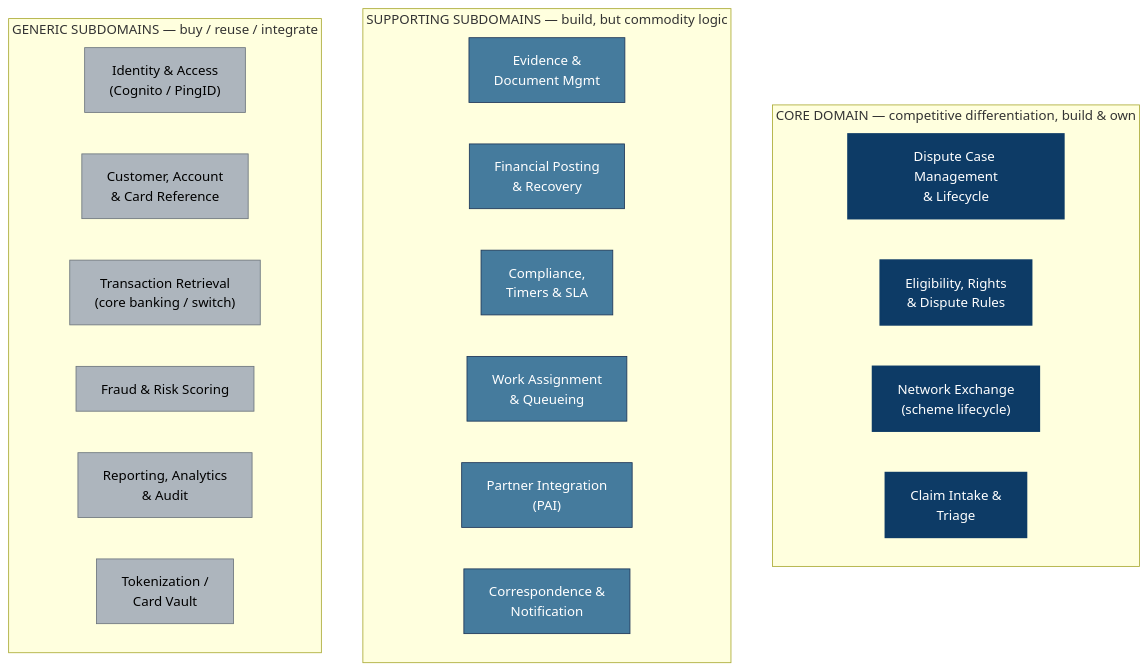
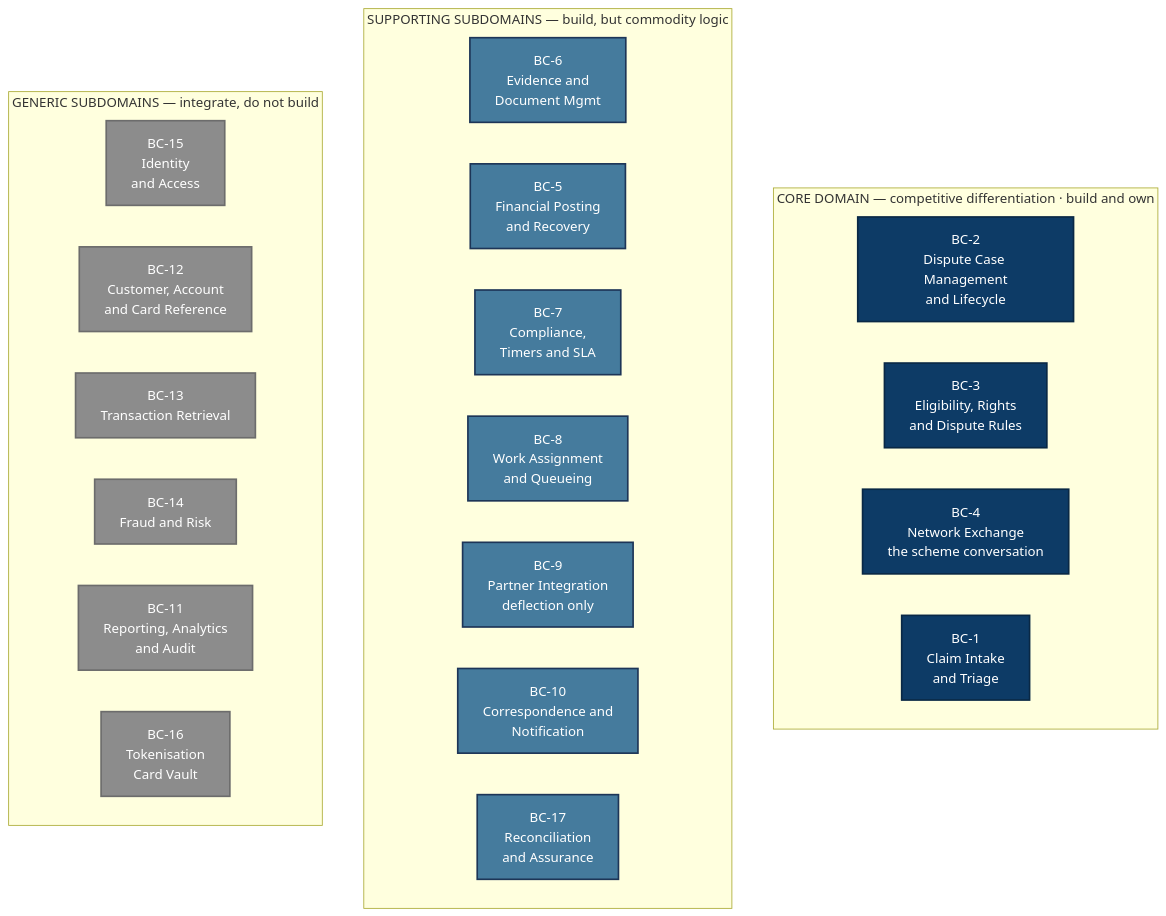
The third of 16 diagrams in docs/dispute-claims-resolution-architecture.md (bmageshvec/poc-claims-resolution), drawn with Mermaid before and after one commit. The commit also changed other lines of this file and 32 other files, not shown here.

````diff
--- a/docs/dispute-claims-resolution-architecture.md
+++ b/docs/dispute-claims-resolution-architecture.md
@@ -366,32 +406,35 @@
 ```mermaid
 flowchart TB
-    subgraph CORE["CORE DOMAIN — competitive differentiation, build & own"]
-        C1["Dispute Case Management<br/>& Lifecycle"]
-        C2["Eligibility, Rights<br/>& Dispute Rules"]
-        C3["Network Exchange<br/>(scheme lifecycle)"]
-        C4["Claim Intake &<br/>Triage"]
+    subgraph CORE["CORE DOMAIN — competitive differentiation · build and own"]
+        direction LR
+        C1["BC-2<br/>Dispute Case Management<br/>and Lifecycle"]
+        C2["BC-3<br/>Eligibility, Rights<br/>and Dispute Rules"]
+        C3["BC-4<br/>Network Exchange<br/>the scheme conversation"]
+        C4["BC-1<br/>Claim Intake<br/>and Triage"]
     end
     subgraph SUPPORT["SUPPORTING SUBDOMAINS — build, but commodity logic"]
-        S1["Evidence &<br/>Document Mgmt"]
-        S2["Financial Posting<br/>& Recovery"]
-        S3["Compliance,<br/>Timers & SLA"]
-        S4["Work Assignment<br/>& Queueing"]
-        S5["Partner Integration<br/>(PAI)"]
-        S6["Correspondence &<br/>Notification"]
+        direction LR
+        S1["BC-6<br/>Evidence and<br/>Document Mgmt"]
+        S2["BC-5<br/>Financial Posting<br/>and Recovery"]
+        S3["BC-7<br/>Compliance,<br/>Timers and SLA"]
+        S4["BC-8<br/>Work Assignment<br/>and Queueing"]
+        S5["BC-9<br/>Partner Integration<br/>deflection only"]
+        S6["BC-10<br/>Correspondence and<br/>Notification"]
+        S7["BC-17<br/>Reconciliation<br/>and Assurance"]
     end
-    subgraph GENERIC["GENERIC SUBDOMAINS — buy / reuse / integrate"]
-        G1["Identity & Access<br/>(Cognito / PingID)"]
-        G2["Customer, Account<br/>& Card Reference"]
-        G3["Transaction Retrieval<br/>(core banking / switch)"]
-        G4["Fraud & Risk Scoring"]
-        G5["Reporting, Analytics<br/>& Audit"]
-        G6["Tokenization /<br/>Card Vault"]
+    subgraph GENERIC["GENERIC SUBDOMAINS — integrate, do not build"]
+        direction LR
+        G1["BC-15<br/>Identity<br/>and Access"]
+        G2["BC-12<br/>Customer, Account<br/>and Card Reference"]
+        G3["BC-13<br/>Transaction Retrieval"]
+        G4["BC-14<br/>Fraud and Risk"]
+        G5["BC-11<br/>Reporting, Analytics<br/>and Audit"]
+        G6["BC-16<br/>Tokenisation<br/>Card Vault"]
     end
-
-    classDef core fill:#0d3b66,color:#fff,stroke:#0d3b66,stroke-width:2px
-    classDef sup fill:#457b9d,color:#fff,stroke:#1d3557
-    classDef gen fill:#adb5bd,color:#000,stroke:#6c757d
+    classDef core fill:#0D3B66,color:#FFFFFF,stroke:#092845,stroke-width:2px
+    classDef sup fill:#457B9D,color:#FFFFFF,stroke:#1D3557,stroke-width:2px
+    classDef gen fill:#8C8C8C,color:#FFFFFF,stroke:#6C6C6C,stroke-width:2px
     class C1,C2,C3,C4 core
-    class S1,S2,S3,S4,S5,S6 sup
+    class S1,S2,S3,S4,S5,S6,S7 sup
     class G1,G2,G3,G4,G5,G6 gen
 ```
````
